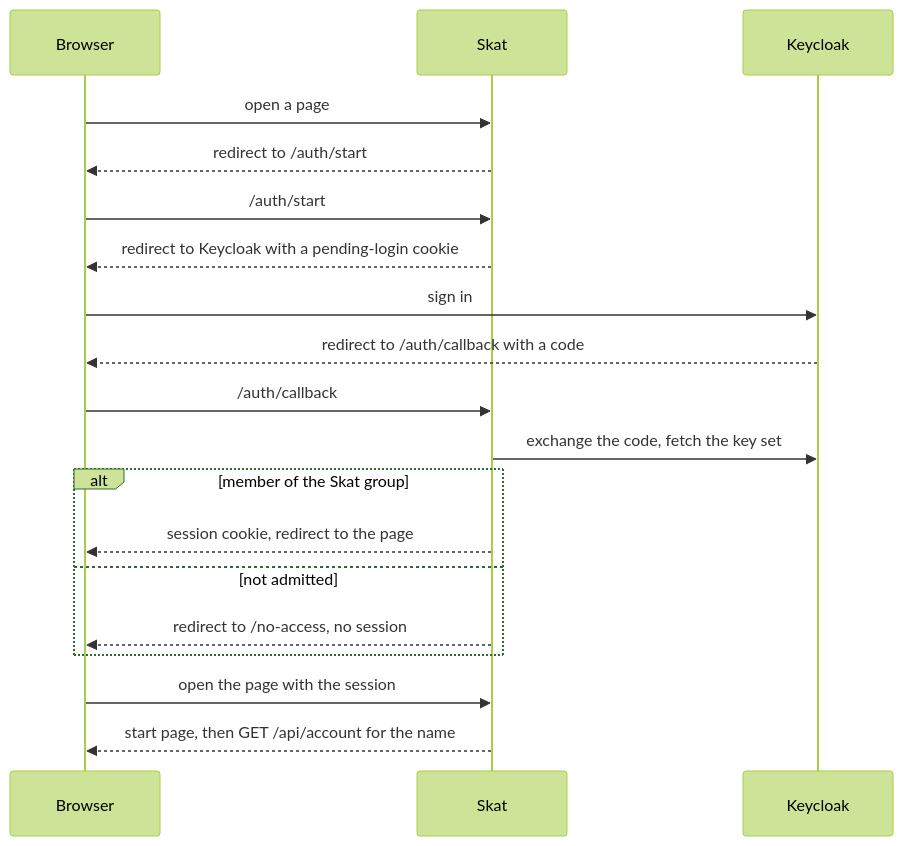
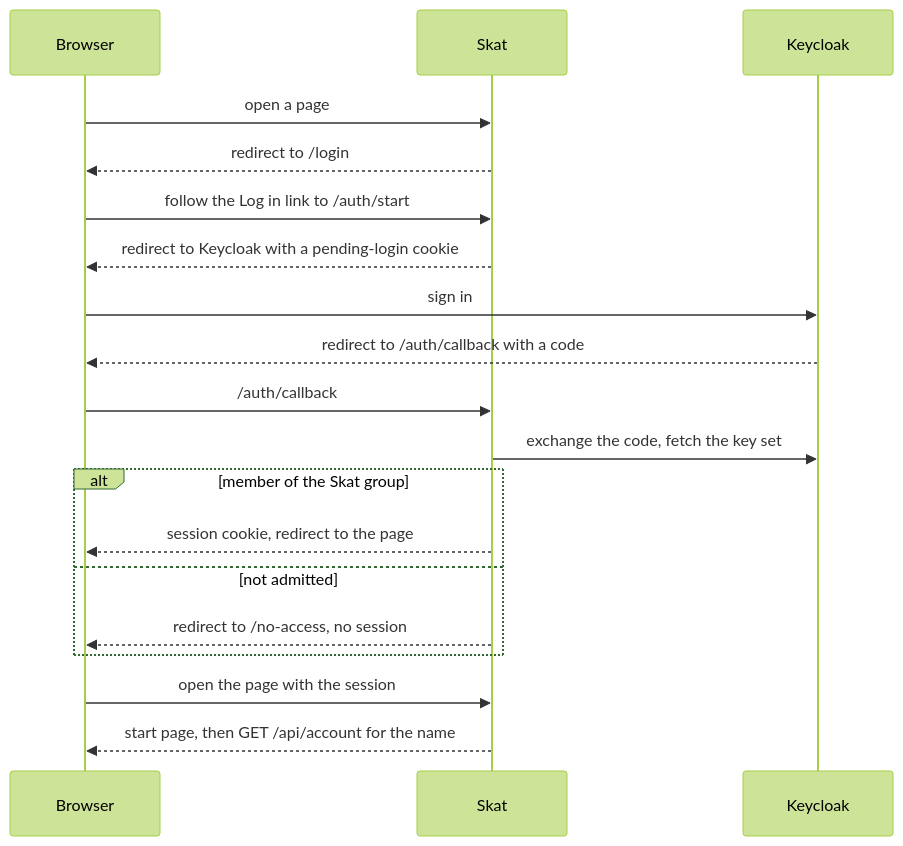
Before and after one commit to overnightworks/skat: the third of 3 diagrams in docs/ARCHITECTURE.md, drawn with Mermaid (forest theme). The commit also changed 6 other files, not shown here.

````diff
--- a/docs/ARCHITECTURE.md
+++ b/docs/ARCHITECTURE.md
@@ -39,21 +39,21 @@
 ```mermaid
 sequenceDiagram
     participant B as Browser
     participant S as Skat
     participant K as Keycloak
     B->>S: open a page
-    S-->>B: redirect to /auth/start
-    B->>S: /auth/start
+    S-->>B: redirect to /login
+    B->>S: follow the Log in link to /auth/start
     S-->>B: redirect to Keycloak with a pending-login cookie
     B->>K: sign in
     K-->>B: redirect to /auth/callback with a code
     B->>S: /auth/callback
     S->>K: exchange the code, fetch the key set
     alt member of the Skat group
         S-->>B: session cookie, redirect to the page
     else not admitted
         S-->>B: redirect to /no-access, no session
     end
     B->>S: open the page with the session
     S-->>B: start page, then GET /api/account for the name
 ```
````
